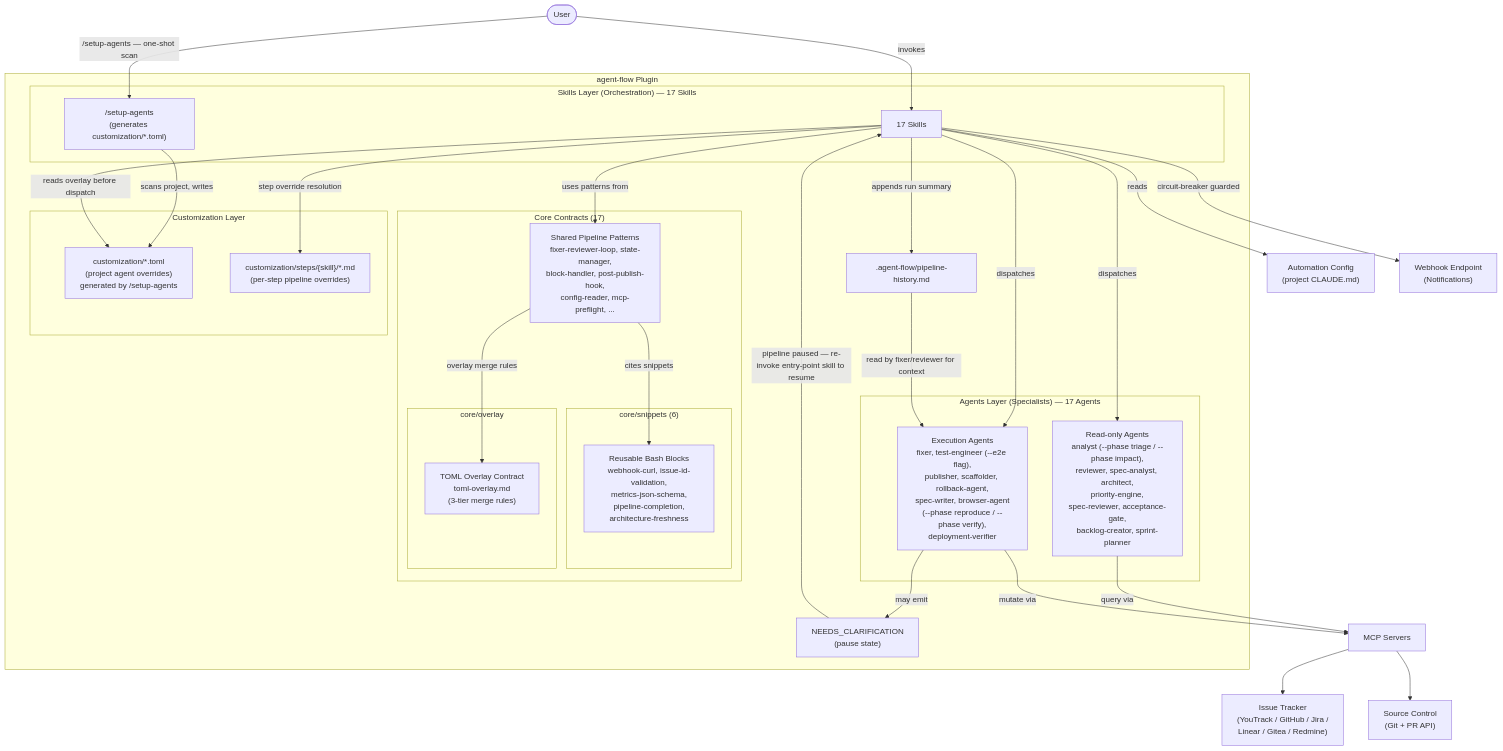
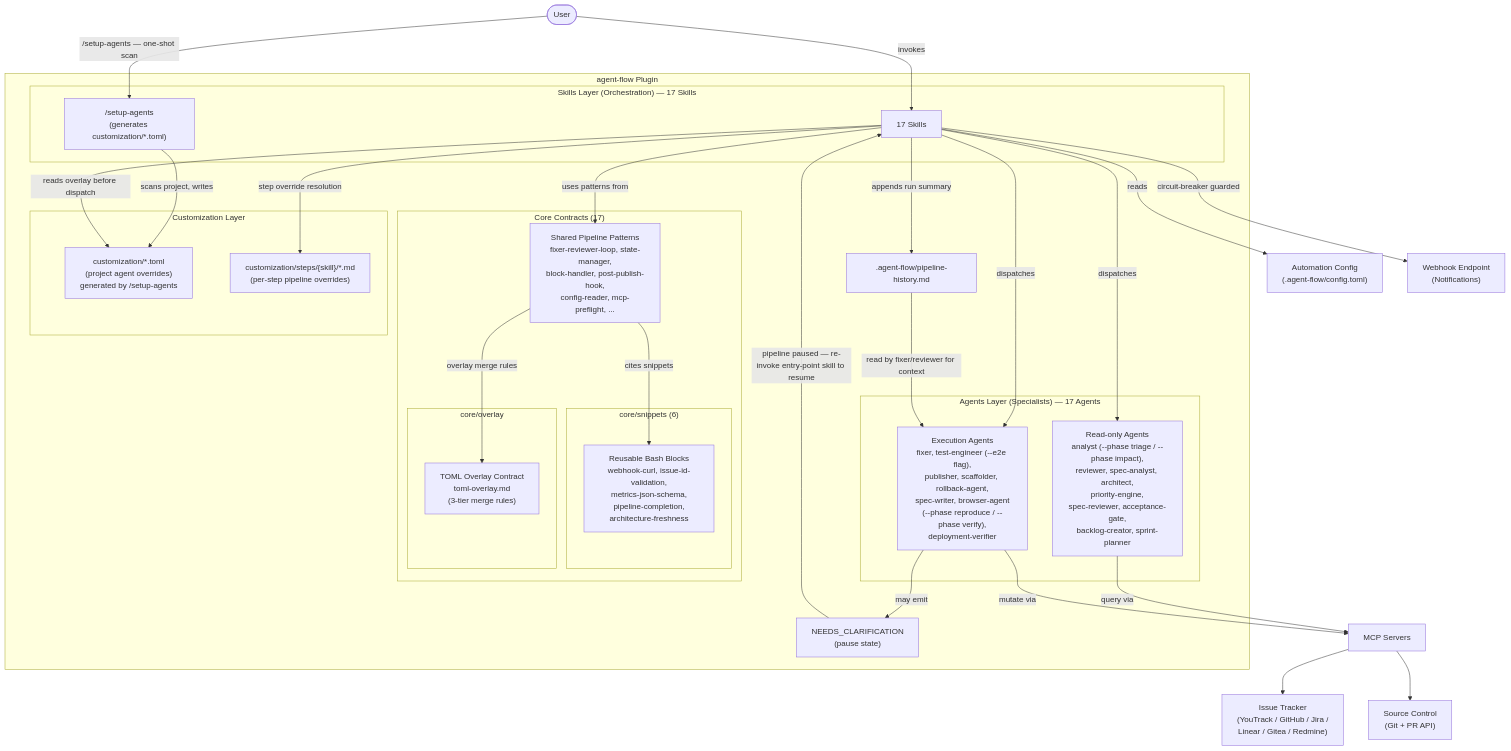
One commit to asysta-act/agent-flow changed the first of 5 diagrams in docs/architecture.md. Above: the diagram before and after it, drawn with Mermaid. The commit also changed other lines of this file and 94 other files, not shown here.

First line of the commit message:
wip(config-toml-migration): phase-7 execution checkpoint (T1-T18)

````diff
--- a/docs/architecture.md
+++ b/docs/architecture.md
@@ -23,57 +23,57 @@
 ```mermaid
 graph TD
     User([User])
 
     subgraph "agent-flow Plugin"
         subgraph "Skills Layer (Orchestration) — 17 Skills"
             SKL[17 Skills]
             SETUP_AGT["/setup-agents<br/>(generates customization/*.toml)"]
         end
         subgraph "Agents Layer (Specialists) — 17 Agents"
             READ_AGENTS["Read-only Agents<br/>analyst (--phase triage / --phase impact),<br/>reviewer, spec-analyst, architect,<br/>priority-engine,<br/>spec-reviewer, acceptance-gate,<br/>backlog-creator, sprint-planner"]
             EXEC_AGENTS["Execution Agents<br/>fixer, test-engineer (--e2e flag),<br/>publisher, scaffolder, rollback-agent,<br/>spec-writer, browser-agent<br/>(--phase reproduce / --phase verify),<br/>deployment-verifier"]
         end
         subgraph "Core Contracts (17)"
             CORE["Shared Pipeline Patterns<br/>fixer-reviewer-loop, state-manager,<br/>block-handler, post-publish-hook,<br/>config-reader, mcp-preflight, ..."]
             subgraph "core/snippets (6)"
                 SNIPPETS["Reusable Bash Blocks<br/>webhook-curl, issue-id-validation,<br/>metrics-json-schema,<br/>pipeline-completion,<br/>architecture-freshness"]
             end
             subgraph "core/overlay"
                 TOML_OVL["TOML Overlay Contract<br/>toml-overlay.md<br/>(3-tier merge rules)"]
             end
         end
         subgraph "Customization Layer"
             TOML["customization/*.toml<br/>(project agent overrides)<br/>generated by /setup-agents"]
             STEP_OVL["customization/steps/{skill}/*.md<br/>(per-step pipeline overrides)"]
         end
         PAUSE["NEEDS_CLARIFICATION<br/>(pause state)"]
         HIST[".agent-flow/pipeline-history.md"]
     end
 
-    CONFIG["Automation Config<br/>(project CLAUDE.md)"]
+    CONFIG["Automation Config<br/>(.agent-flow/config.toml)"]
     ISSUE_TRACKER["Issue Tracker<br/>(YouTrack / GitHub / Jira /<br/>Linear / Gitea / Redmine)"]
     SOURCE_CONTROL["Source Control<br/>(Git + PR API)"]
     MCP["MCP Servers"]
     WEBHOOK["Webhook Endpoint<br/>(Notifications)"]
 
     User -->|invokes| SKL
     User -->|"/setup-agents — one-shot scan"| SETUP_AGT
     SETUP_AGT -->|"scans project, writes"| TOML
     SKL -->|reads| CONFIG
     SKL -->|dispatches| READ_AGENTS
     SKL -->|dispatches| EXEC_AGENTS
     SKL -->|"reads overlay before dispatch"| TOML
     SKL -->|"step override resolution"| STEP_OVL
     SKL -->|uses patterns from| CORE
     CORE -->|cites snippets| SNIPPETS
     CORE -->|overlay merge rules| TOML_OVL
     READ_AGENTS -->|query via| MCP
     EXEC_AGENTS -->|mutate via| MCP
     MCP --> ISSUE_TRACKER
     MCP --> SOURCE_CONTROL
     EXEC_AGENTS -->|may emit| PAUSE
     PAUSE -->|pipeline paused — re-invoke entry-point skill to resume| SKL
     SKL -->|appends run summary| HIST
     HIST -->|read by fixer/reviewer for context| EXEC_AGENTS
     SKL -->|circuit-breaker guarded| WEBHOOK
 ```
````
